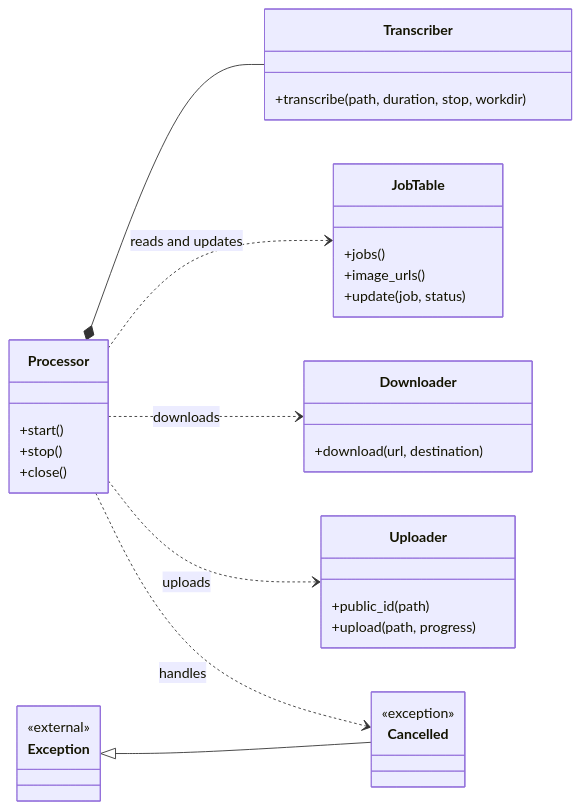
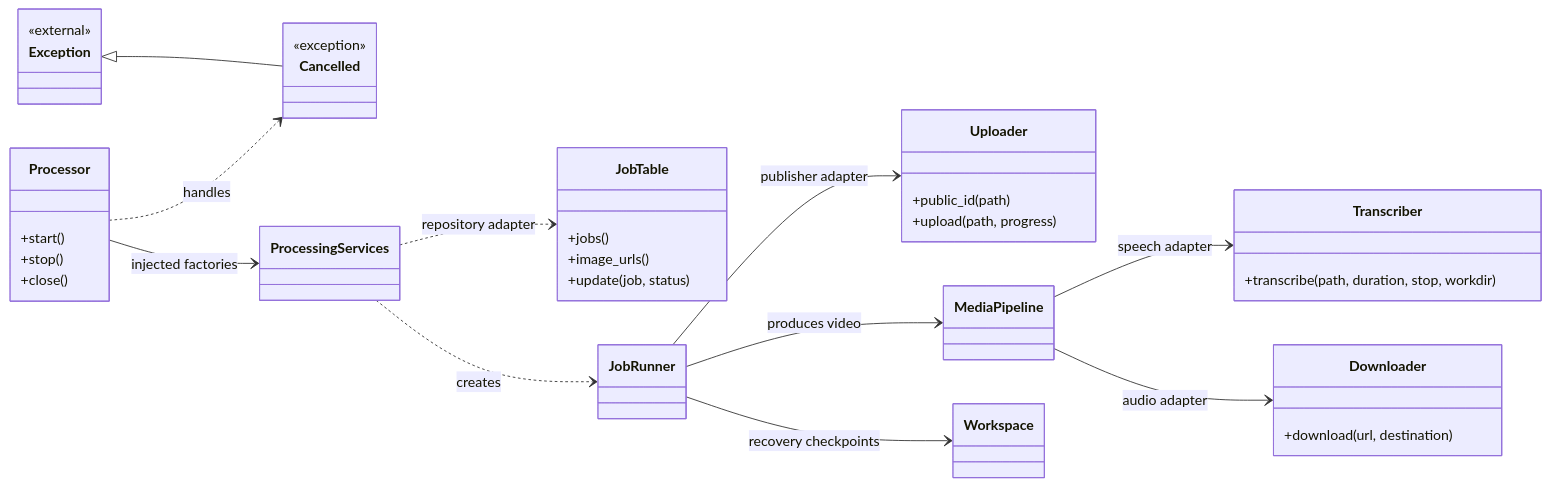
One commit to houssamBensiyed/poetry-shorts-maker changed the third of 4 diagrams in README.md. Above: the diagram before and after it, drawn with Mermaid. The commit also changed other lines of this file and 46 other files, not shown here.

````diff
--- a/README.md
+++ b/README.md
@@ -248,38 +248,42 @@
 ```mermaid
 classDiagram
     direction LR
 
     class Processor {
         +start()
         +stop()
         +close()
     }
     class JobTable {
         +jobs()
         +image_urls()
         +update(job, status)
     }
     class Downloader {
         +download(url, destination)
     }
     class Transcriber {
         +transcribe(path, duration, stop, workdir)
     }
     class Uploader {
         +public_id(path)
         +upload(path, progress)
     }
     class Cancelled {
         <<exception>>
     }
     class Exception {
         <<external>>
     }
 
     Exception <|-- Cancelled
-    Processor *-- Transcriber
-    Processor ..> JobTable : reads and updates
-    Processor ..> Downloader : downloads
-    Processor ..> Uploader : uploads
+    Processor --> ProcessingServices : injected factories
+    ProcessingServices ..> JobTable : repository adapter
+    ProcessingServices ..> JobRunner : creates
+    JobRunner --> MediaPipeline : produces video
+    JobRunner --> Uploader : publisher adapter
+    JobRunner --> Workspace : recovery checkpoints
+    MediaPipeline --> Transcriber : speech adapter
+    MediaPipeline --> Downloader : audio adapter
     Processor ..> Cancelled : handles
 ```
````
